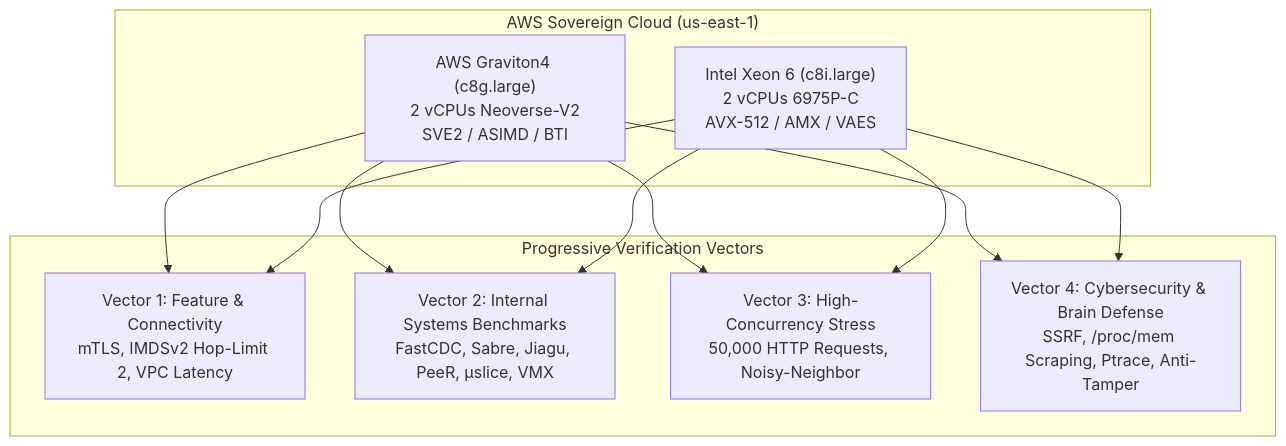
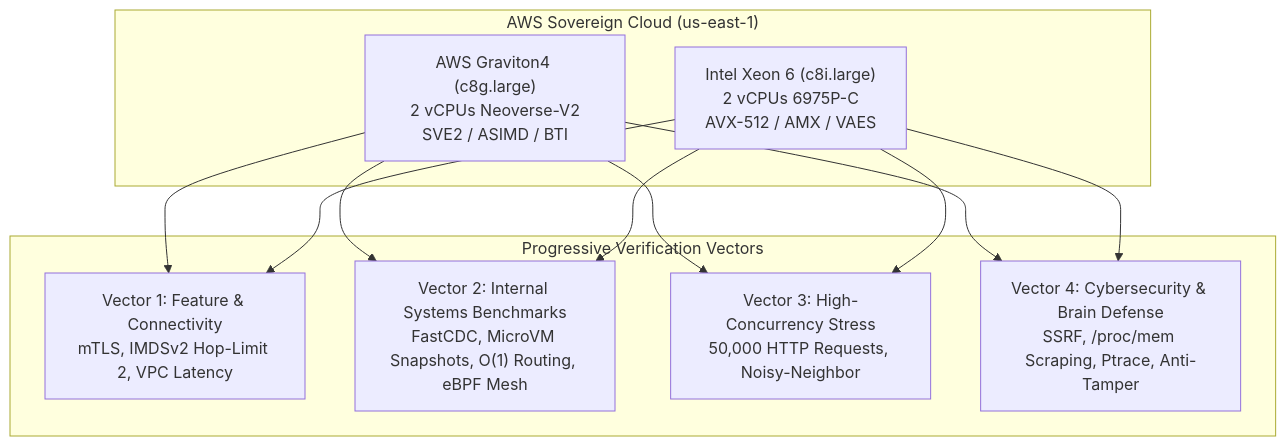
One commit to mohitrajdeo/nephis-benchmark-harness changed the diagram in results/MASTER_AWS_BENCHMARK_REPORT.md. Above: the diagram before and after it, drawn with Mermaid. The commit also changed other lines of this file and 12 other files, not shown here.

Commit message:
chore: enforce canonical 4-component architecture (Nephis, Thanaton, Mnemon, Eschaton) and ap-south-1 cloud positioning

````diff
--- a/results/MASTER_AWS_BENCHMARK_REPORT.md
+++ b/results/MASTER_AWS_BENCHMARK_REPORT.md
@@ -15,17 +15,17 @@
 ```mermaid
 flowchart TD
     subgraph AWS_Spot_Cluster["AWS Sovereign Cloud (us-east-1)"]
         G4["AWS Graviton4 (c8g.large)<br/>2 vCPUs Neoverse-V2<br/>SVE2 / ASIMD / BTI"]
         X6["Intel Xeon 6 (c8i.large)<br/>2 vCPUs 6975P-C<br/>AVX-512 / AMX / VAES"]
     end
 
     subgraph Vectors["Progressive Verification Vectors"]
         V1["Vector 1: Feature & Connectivity<br/>mTLS, IMDSv2 Hop-Limit 2, VPC Latency"]
-        V2["Vector 2: Internal Systems Benchmarks<br/>FastCDC, Sabre, Jiagu, PeeR, µslice, VMX"]
+        V2["Vector 2: Internal Systems Benchmarks<br/>FastCDC, MicroVM Snapshots, O(1) Routing, eBPF Mesh"]
         V3["Vector 3: High-Concurrency Stress<br/>50,000 HTTP Requests, Noisy-Neighbor"]
         V4["Vector 4: Cybersecurity & Brain Defense<br/>SSRF, /proc/mem Scraping, Ptrace, Anti-Tamper"]
     end
 
     G4 --> V1 & V2 & V3 & V4
     X6 --> V1 & V2 & V3 & V4
 ```
````
